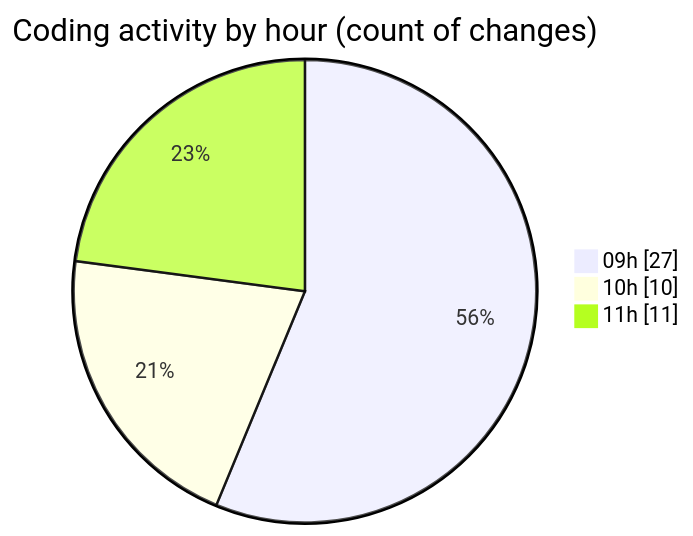
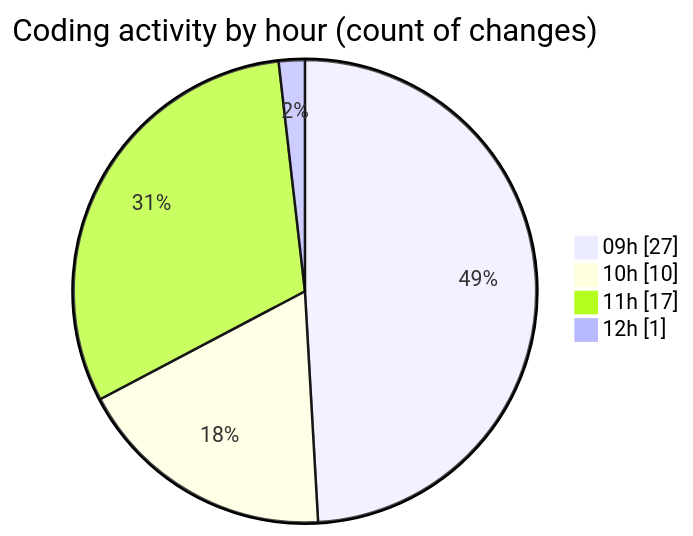
One commit to momahboobian/code-tracking changed the second of 2 diagrams in 2026-05-15/cda/README.md. Above: the diagram before and after it, drawn with Mermaid. The commit also changed other lines of this file and 1 other file, not shown here.

````diff
--- a/2026-05-15/cda/README.md
+++ b/2026-05-15/cda/README.md
@@ -40,7 +42,8 @@
 ```mermaid
 pie showData
 title Coding activity by hour (count of changes)
 "09h" : 27
 "10h" : 10
-"11h" : 11
+"11h" : 17
+"12h" : 1
 ```
````
